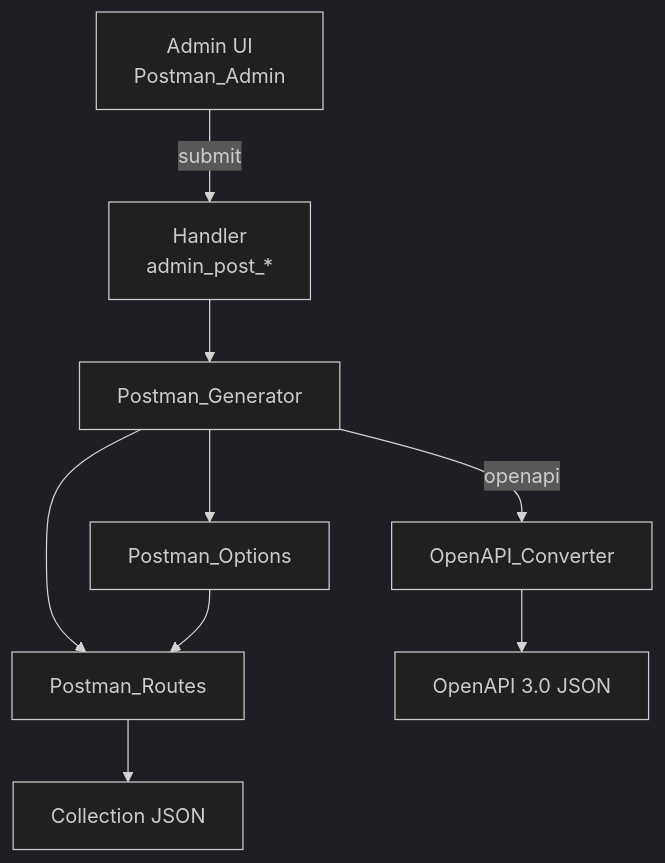
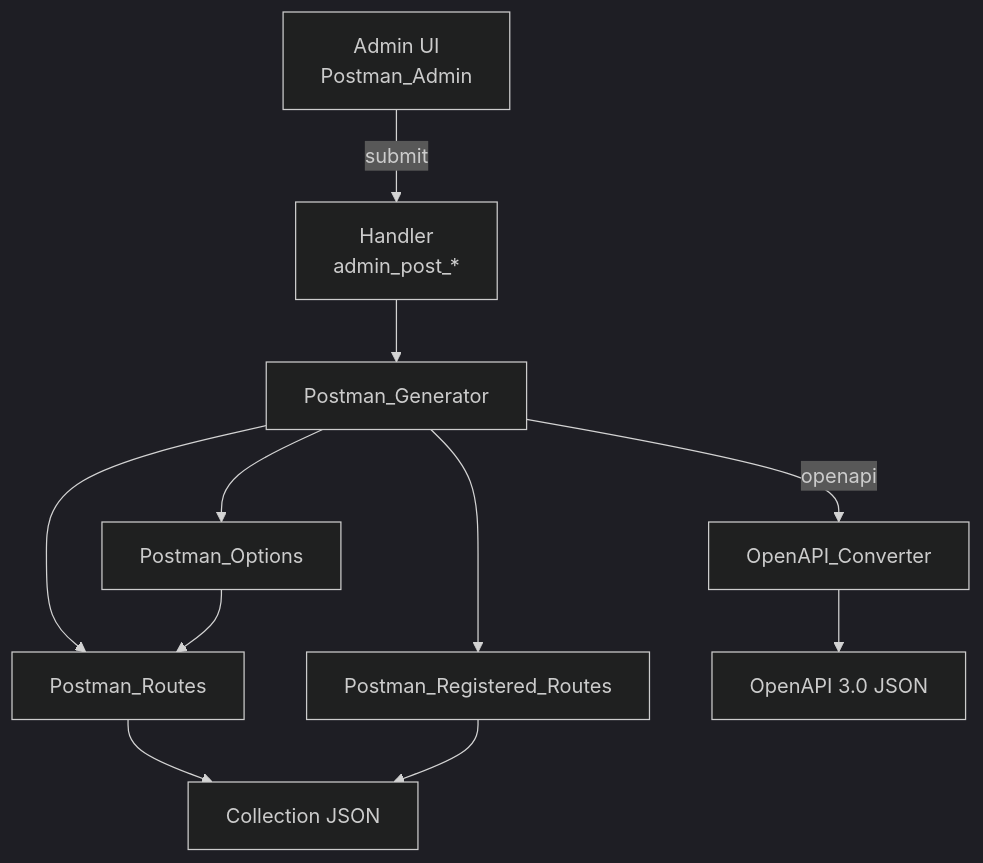
Before and after one commit to mksddn/WP-MksDdn-Postman-Collection: the diagram in docs/Project.md, drawn with Mermaid (dark theme). The commit also changed other lines of this file and 7 other files, not shown here.

````diff
--- a/docs/Project.md
+++ b/docs/Project.md
@@ -93,11 +101,13 @@
 ```mermaid
 flowchart TD
   A[Admin UI<br/>Postman_Admin] -->|submit| B[Handler<br/>admin_post_*]
   B --> C[Postman_Generator]
   C --> D[Postman_Routes]
   C --> E[Postman_Options]
+  C --> F2[Postman_Registered_Routes]
   D --> F[Collection JSON]
   E --> D
+  F2 --> F
   C -->|openapi| G[OpenAPI_Converter]
   G --> H[OpenAPI 3.0 JSON]
 ```
````
